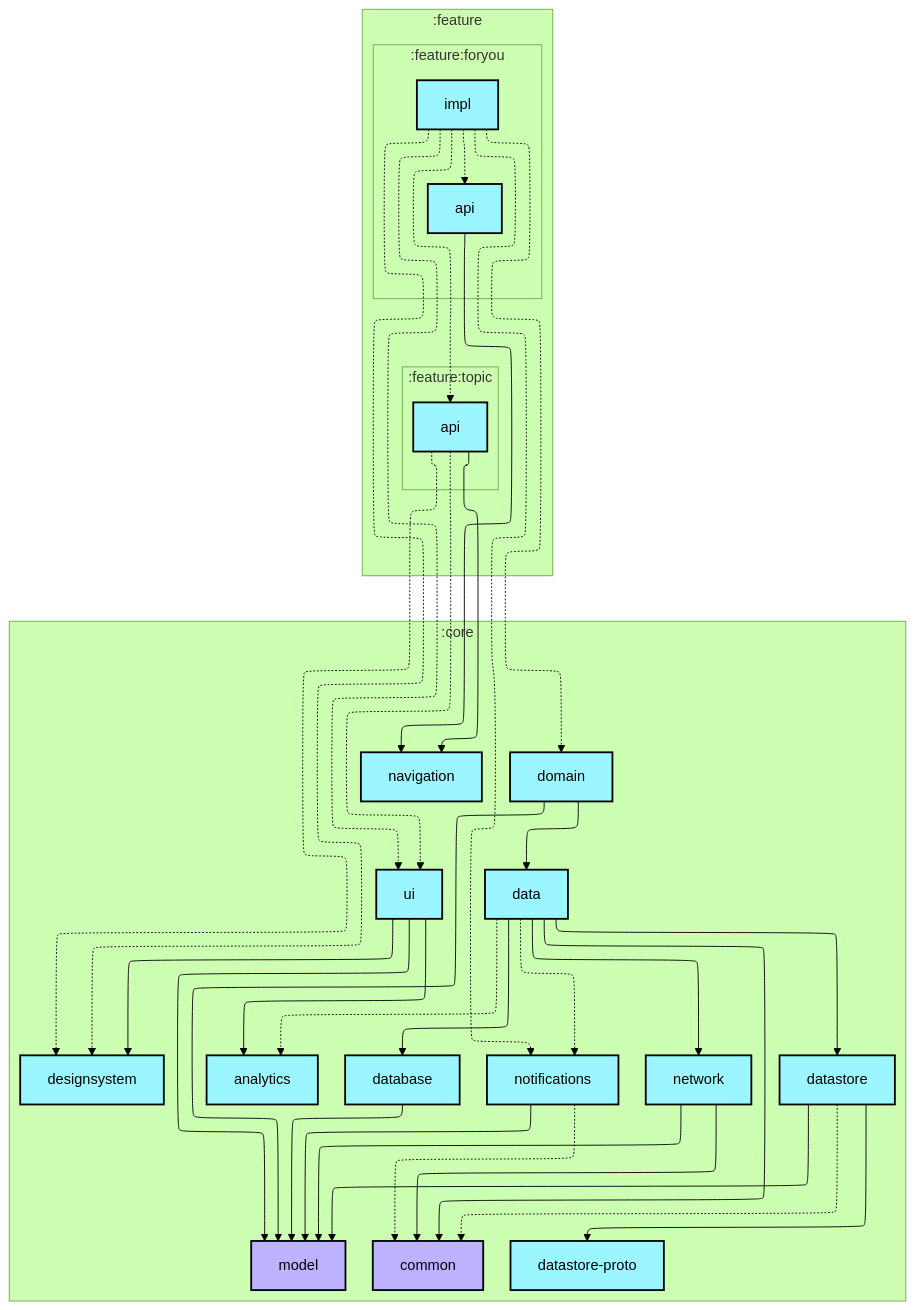
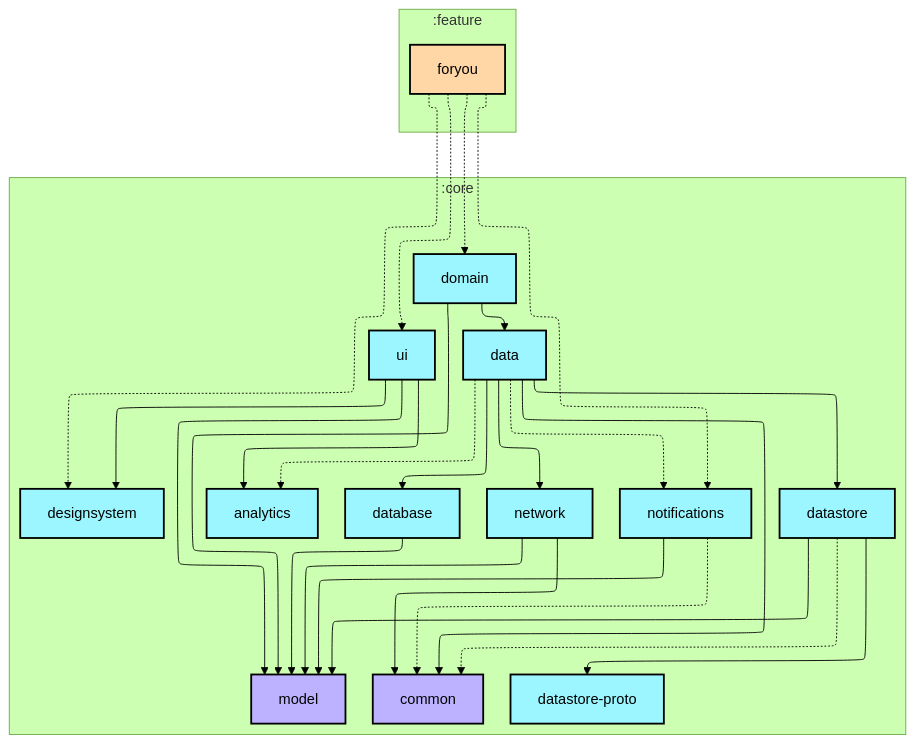
The first of 2 diagrams in feature/foryou/README.md (android/nowinandroid), drawn with Mermaid (forest theme) before and after one commit. The commit also changed 5 other files, not shown here.

````diff
--- a/feature/foryou/README.md
+++ b/feature/foryou/README.md
@@ -6,74 +6,59 @@
 ```mermaid
 ---
 config:
   layout: elk
   elk:
     nodePlacementStrategy: SIMPLE
 ---
 graph TB
   subgraph :feature
     direction TB
-    subgraph :feature:foryou
-      direction TB
-      :feature:foryou:api[api]:::android-library
-      :feature:foryou:impl[impl]:::android-library
-    end
-    subgraph :feature:topic
-      direction TB
-      :feature:topic:api[api]:::android-library
-    end
+    :feature:foryou[foryou]:::android-feature
   end
   subgraph :core
     direction TB
     :core:analytics[analytics]:::android-library
     :core:common[common]:::jvm-library
     :core:data[data]:::android-library
     :core:database[database]:::android-library
     :core:datastore[datastore]:::android-library
     :core:datastore-proto[datastore-proto]:::android-library
     :core:designsystem[designsystem]:::android-library
     :core:domain[domain]:::android-library
     :core:model[model]:::jvm-library
-    :core:navigation[navigation]:::android-library
     :core:network[network]:::android-library
     :core:notifications[notifications]:::android-library
     :core:ui[ui]:::android-library
   end
 
   :core:data -.-> :core:analytics
   :core:data --> :core:common
   :core:data --> :core:database
   :core:data --> :core:datastore
   :core:data --> :core:network
   :core:data -.-> :core:notifications
   :core:database --> :core:model
   :core:datastore -.-> :core:common
   :core:datastore --> :core:datastore-proto
   :core:datastore --> :core:model
   :core:domain --> :core:data
   :core:domain --> :core:model
   :core:network --> :core:common
   :core:network --> :core:model
   :core:notifications -.-> :core:common
   :core:notifications --> :core:model
   :core:ui --> :core:analytics
   :core:ui --> :core:designsystem
   :core:ui --> :core:model
-  :feature:foryou:api --> :core:navigation
-  :feature:foryou:impl -.-> :core:designsystem
-  :feature:foryou:impl -.-> :core:domain
-  :feature:foryou:impl -.-> :core:notifications
-  :feature:foryou:impl -.-> :core:ui
-  :feature:foryou:impl -.-> :feature:foryou:api
-  :feature:foryou:impl -.-> :feature:topic:api
-  :feature:topic:api -.-> :core:designsystem
-  :feature:topic:api --> :core:navigation
-  :feature:topic:api -.-> :core:ui
+  :feature:foryou -.-> :core:designsystem
+  :feature:foryou -.-> :core:domain
+  :feature:foryou -.-> :core:notifications
+  :feature:foryou -.-> :core:ui
 
 classDef android-application fill:#CAFFBF,stroke:#000,stroke-width:2px,color:#000;
 classDef android-feature fill:#FFD6A5,stroke:#000,stroke-width:2px,color:#000;
 classDef android-library fill:#9BF6FF,stroke:#000,stroke-width:2px,color:#000;
 classDef android-test fill:#A0C4FF,stroke:#000,stroke-width:2px,color:#000;
 classDef jvm-library fill:#BDB2FF,stroke:#000,stroke-width:2px,color:#000;
 classDef unknown fill:#FFADAD,stroke:#000,stroke-width:2px,color:#000;
 ```
````
